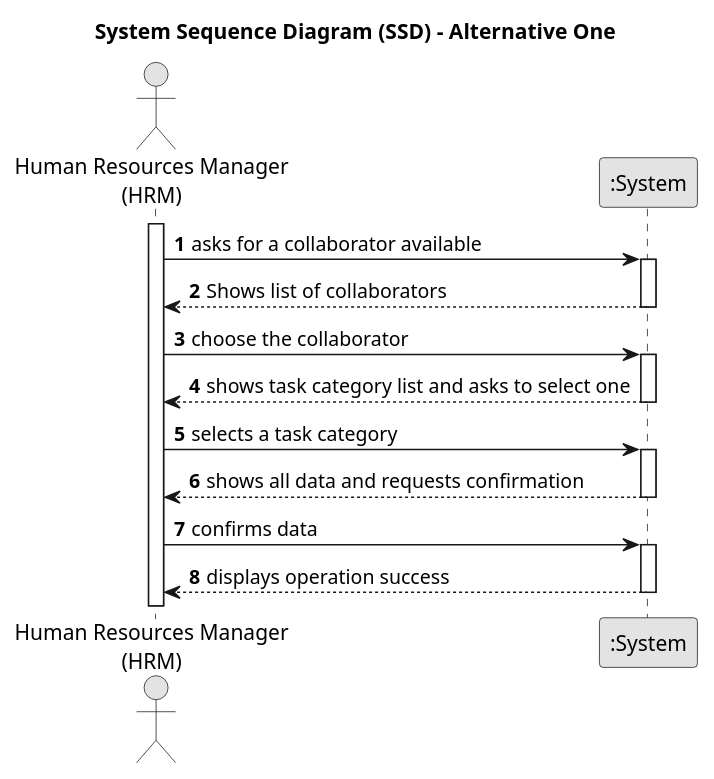
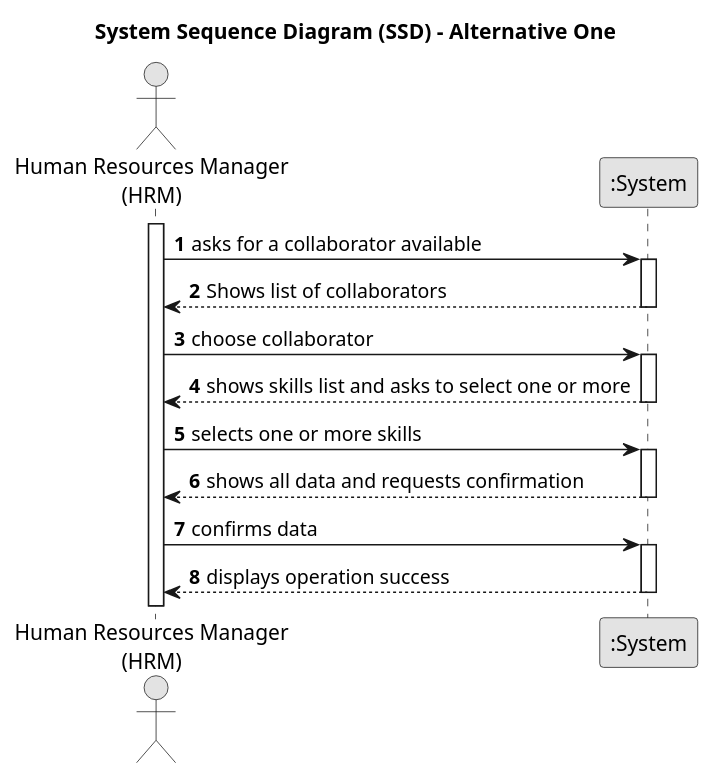
The diagram in docs/sprintA/us004/01.requirements-engineering/puml/us004-system-sequence-diagram-alternative-one.puml (Mendoncaa/LAPR2), drawn with PlantUML before and after one commit.

Commit message:
Update SSD -> US004

```diff
--- a/docs/sprintA/us004/01.requirements-engineering/puml/us004-system-sequence-diagram-alternative-one.puml
+++ b/docs/sprintA/us004/01.requirements-engineering/puml/us004-system-sequence-diagram-alternative-one.puml
@@ -1,39 +1,39 @@
 @startuml
 skinparam monochrome true
 skinparam packageStyle rectangle
 skinparam shadowing false
 
 title System Sequence Diagram (SSD) - Alternative One
 
 autonumber
 
 actor "Human Resources Manager\n(HRM)" as Employee
 participant ":System" as System
 
 activate Employee
 
     Employee -> System : asks for a collaborator available
     activate System
 
         System --> Employee : Shows list of collaborators
     deactivate System
 
-    Employee -> System : choose the collaborator
+    Employee -> System : choose collaborator
     activate System
 
-        System --> Employee : shows task category list and asks to select one
+        System --> Employee : shows skills list and asks to select one or more
     deactivate System
 
-    Employee -> System : selects a task category
+    Employee -> System : selects one or more skills
     activate System
 
         System --> Employee : shows all data and requests confirmation
     deactivate System
 
     Employee -> System : confirms data
     activate System
 
         System --> Employee : displays operation success
     deactivate System
 
 @enduml
```
